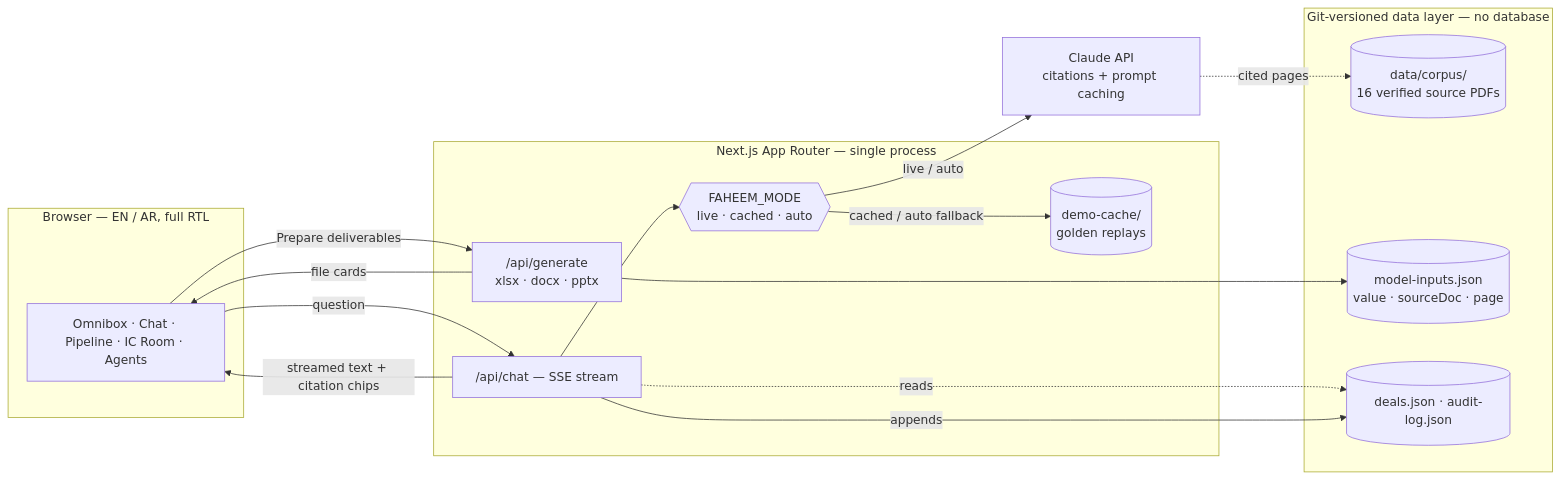
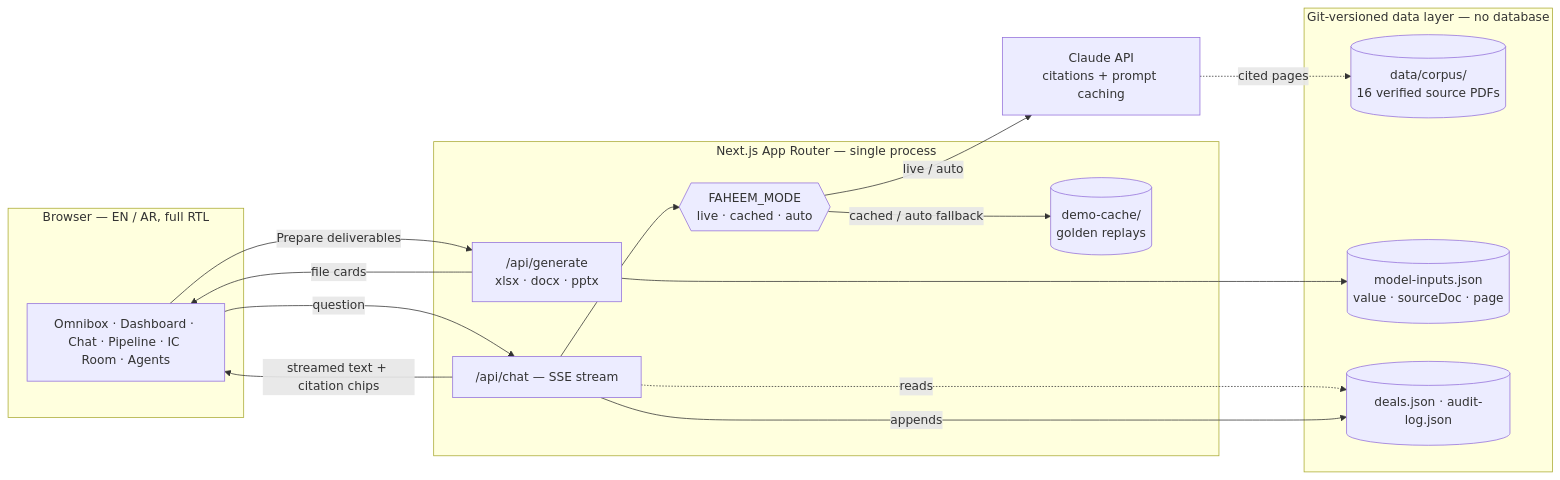
One commit to sawtag/faheem-new changed the diagram in README.md. Above: the diagram before and after it, drawn with Mermaid. The commit also changed other lines of this file and 1 other file, not shown here.

Commit message:
docs: README refresh — demo beat-by-beat table, dashboard screenshot, energy pass, verified badges

````diff
--- a/README.md
+++ b/README.md
@@ -82,33 +110,33 @@
 ```mermaid
 flowchart LR
     subgraph Client["Browser — EN / AR, full RTL"]
-        UI["Omnibox · Chat · Pipeline · IC Room · Agents"]
+        UI["Omnibox · Dashboard · Chat · Pipeline · IC Room · Agents"]
     end
 
     subgraph Server["Next.js App Router — single process"]
         API["/api/chat — SSE stream"]
         MODE{{"FAHEEM_MODE\nlive · cached · auto"}}
         CACHE[("demo-cache/\ngolden replays")]
         GEN["/api/generate\nxlsx · docx · pptx"]
     end
 
     CLAUDE["Claude API\ncitations + prompt caching"]
 
     subgraph Data["Git-versioned data layer — no database"]
         CORPUS[("data/corpus/\n16 verified source PDFs")]
         INPUTS[("model-inputs.json\nvalue · sourceDoc · page")]
         DEALS[("deals.json · audit-log.json")]
     end
 
     UI -- "question" --> API
     API --> MODE
     MODE -- "live / auto" --> CLAUDE
     MODE -- "cached / auto fallback" --> CACHE
     CLAUDE -. "cited pages" .-> CORPUS
     API -- "streamed text + citation chips" --> UI
     UI -- "Prepare deliverables" --> GEN
     GEN --> INPUTS
     GEN -- "file cards" --> UI
     API -. "reads" .-> DEALS
     API -- "appends" --> DEALS
 ```
````
